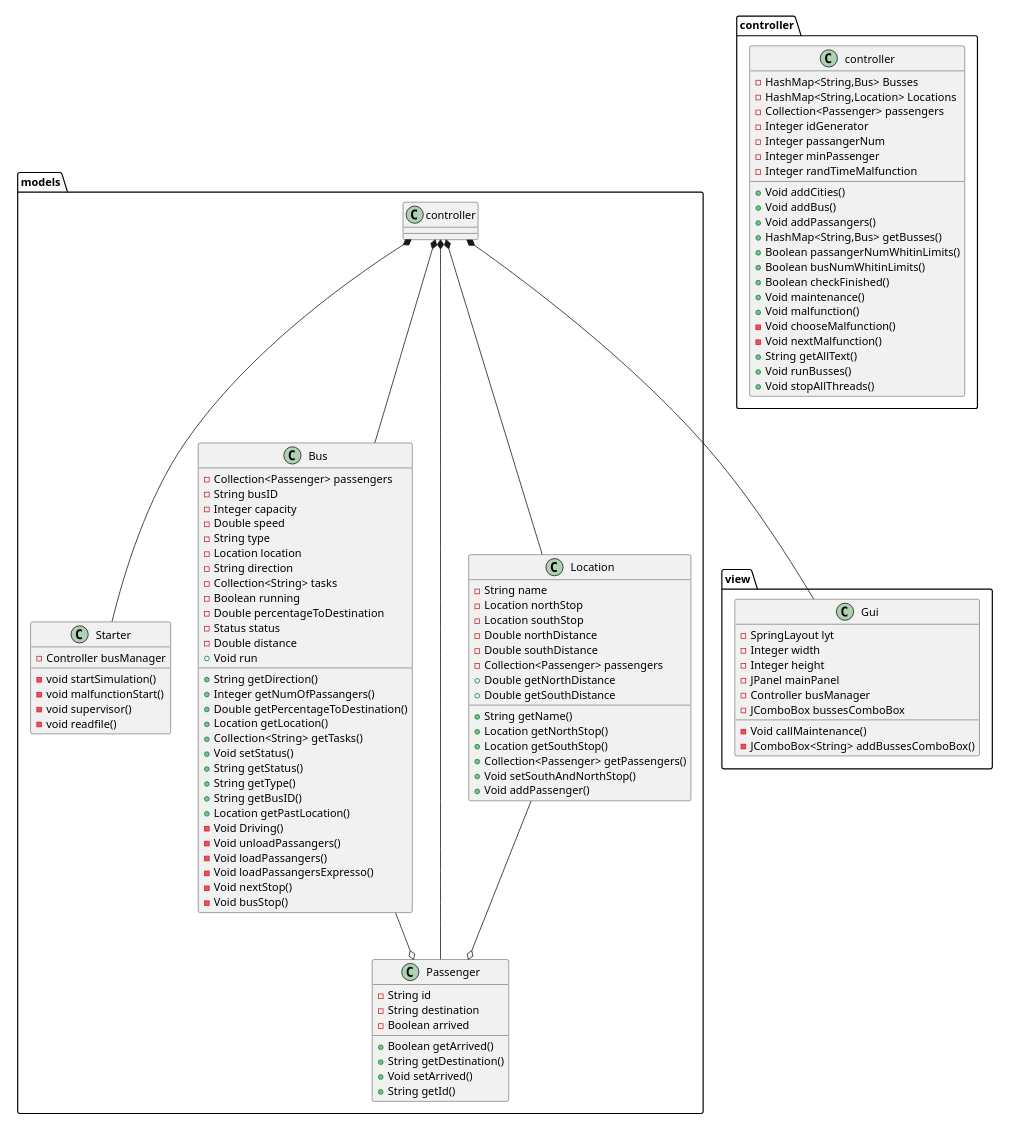
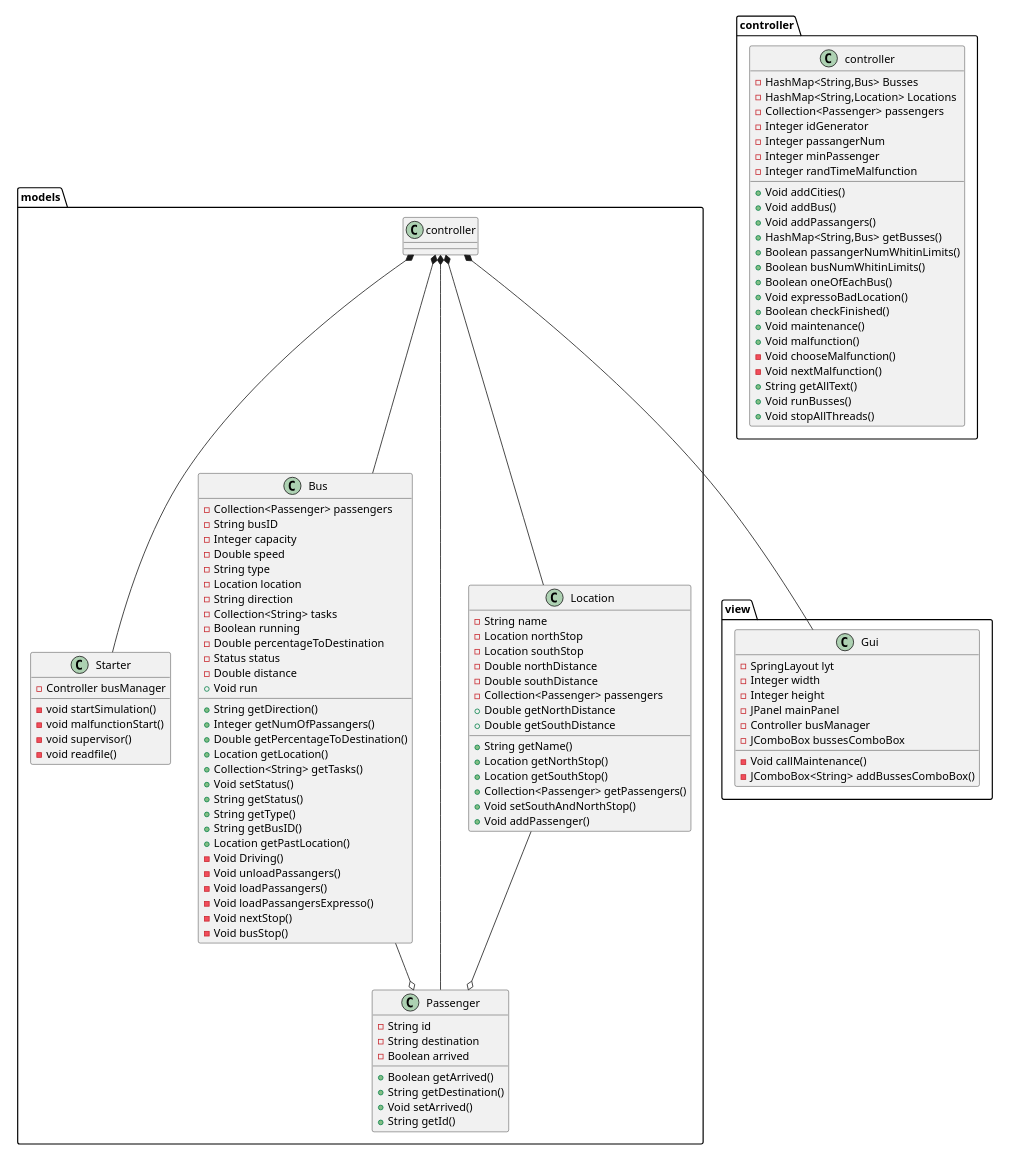
One commit to NunoCartaxoUAL/PP-Projeto changed the diagram in design/Diagram.puml. Above: the diagram before and after it, drawn with PlantUML. The commit also changed 18 other files, not shown here.

```diff
--- a/design/Diagram.puml
+++ b/design/Diagram.puml
@@ -1,126 +1,128 @@
 @startuml
 
 
 scale 600 width
 
 package view {
 
     class Gui{
         -SpringLayout lyt
         -Integer width
         -Integer height
         -JPanel mainPanel
         -Controller busManager
         -JComboBox bussesComboBox
         -Void callMaintenance()
         -JComboBox<String> addBussesComboBox()
     }
 
 }
 package models{
     class Starter{
         -Controller busManager
         -void startSimulation()
         -void malfunctionStart()
         -void supervisor()
         -void readfile()
     }
     class Bus{
         -Collection<Passenger> passengers
         -String busID
         -Integer capacity
         -Double speed
         -String type
         -Location location
         -String direction
         -Collection<String> tasks
         -Boolean running
         -Double percentageToDestination
         -Status status
         -Double distance
         +String getDirection()
         +Integer getNumOfPassangers()
         +Double getPercentageToDestination()
         +Location getLocation()
         +Collection<String> getTasks()
         +Void setStatus()
         +String getStatus()
         +String getType()
         +String getBusID()
         +Location getPastLocation()
         -Void Driving()
         -Void unloadPassangers()
         -Void loadPassangers()
         -Void loadPassangersExpresso()
         -Void nextStop()
         -Void busStop()
         +Void run
     }
 
     class Passenger{
         -String id
         -String destination
         -Boolean arrived
         +Boolean getArrived()
         +String getDestination()
         +Void setArrived()
         +String getId()
     }
 
     class Location{
         -String name
         -Location northStop
         -Location southStop
         -Double northDistance
         -Double southDistance
         -Collection<Passenger> passengers
         +String getName()
         +Location getNorthStop()
         +Location getSouthStop()
         +Double getNorthDistance
         +Double getSouthDistance
         +Collection<Passenger> getPassengers()
         +Void setSouthAndNorthStop()
         +Void addPassenger()
     }
 
 
     Bus --o Passenger
     Location --o Passenger
     controller *-- Bus
     controller *-- Location
     controller *-- Passenger
     controller *-- Starter
     controller *-- Gui
 
 }
 
 
 
 package controller {
     class controller{
         -HashMap<String,Bus> Busses
         -HashMap<String,Location> Locations
         -Collection<Passenger> passengers
         -Integer idGenerator
         -Integer passangerNum
         -Integer minPassenger
         -Integer randTimeMalfunction
         +Void addCities()
         +Void addBus()
         +Void addPassangers()
         +HashMap<String,Bus> getBusses()
         +Boolean passangerNumWhitinLimits()
         +Boolean busNumWhitinLimits()
+        +Boolean oneOfEachBus()
+        +Void expressoBadLocation()
         +Boolean checkFinished()
         +Void maintenance()
         +Void malfunction()
         -Void chooseMalfunction()
         -Void nextMalfunction()
         +String getAllText()
         +Void runBusses()
         +Void stopAllThreads()
     }
 }
 
 @enduml
```
